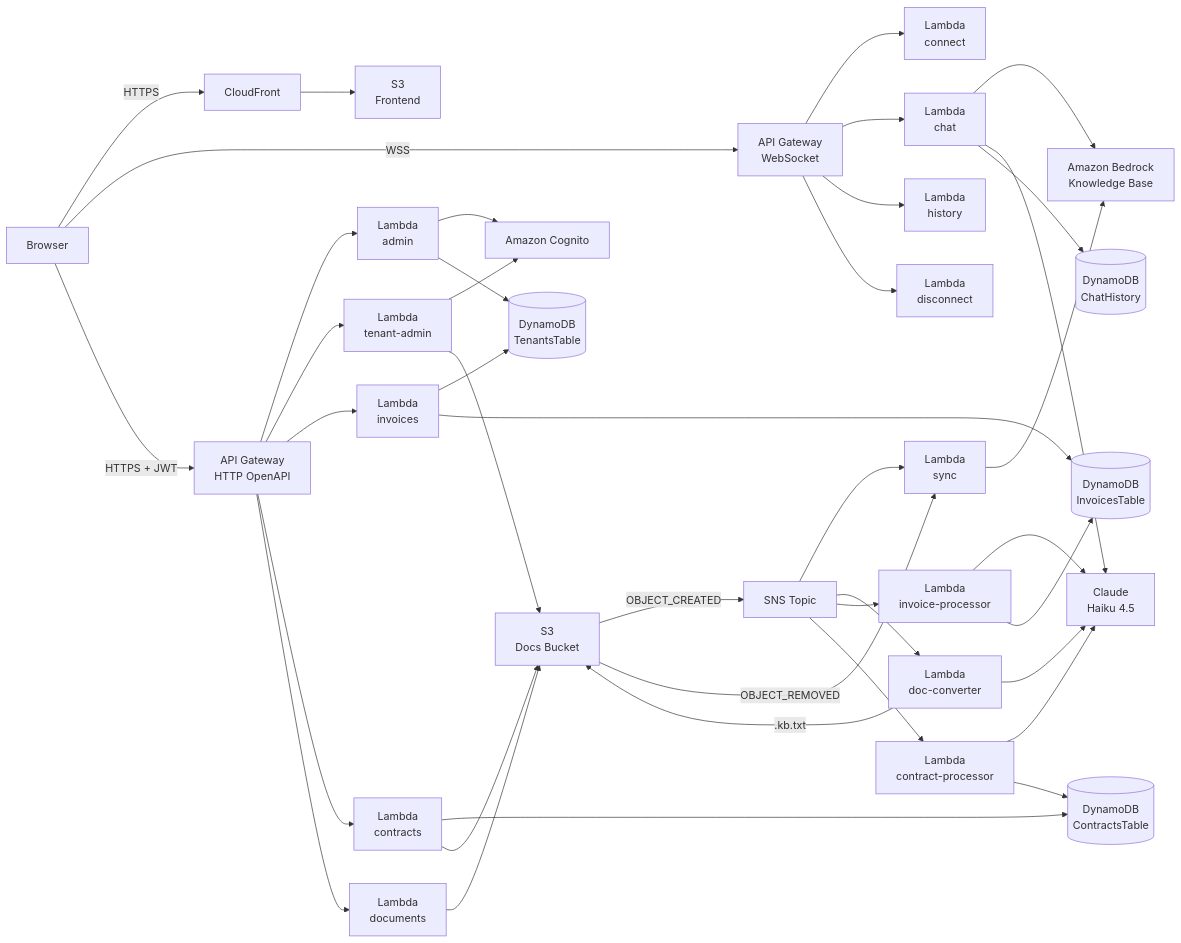
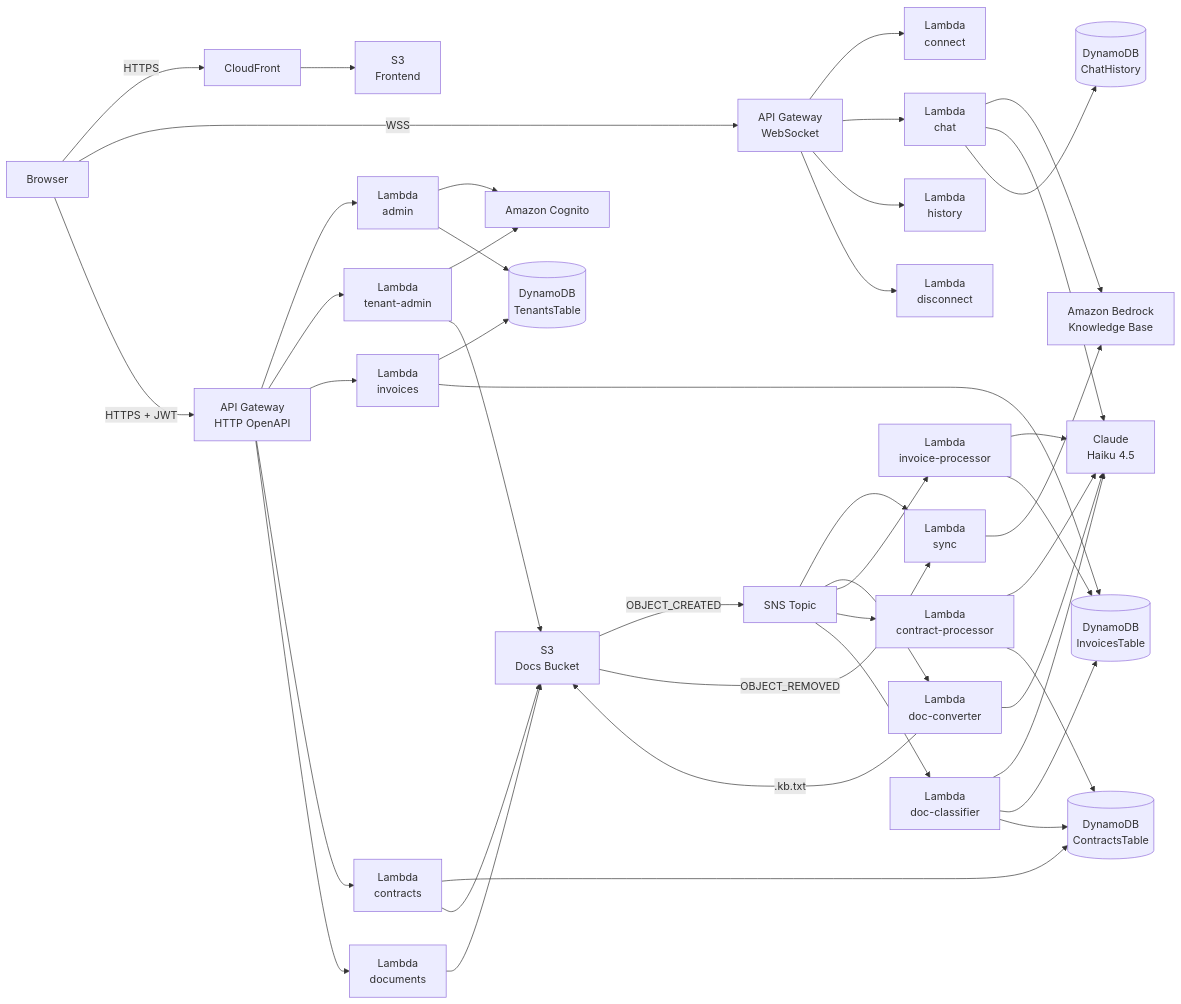
The first of 5 diagrams in docs/architecture.md (effectivegenie/knowledge-assistant), drawn with Mermaid before and after one commit. The commit also changed other lines of this file and 4 other files, not shown here.

````diff
--- a/docs/architecture.md
+++ b/docs/architecture.md
@@ -7,42 +7,46 @@
 ```mermaid
 graph LR
     Browser -->|HTTPS| CF[CloudFront]
     Browser -->|WSS| WS[API Gateway\nWebSocket]
     Browser -->|HTTPS + JWT| HTTP[API Gateway\nHTTP OpenAPI]
 
     CF --> FE[S3\nFrontend]
     WS --> LC[Lambda\nconnect]
     WS --> LChat[Lambda\nchat]
     WS --> LH[Lambda\nhistory]
     WS --> LD[Lambda\ndisconnect]
     HTTP --> LA[Lambda\nadmin]
     HTTP --> LTA[Lambda\ntenant-admin]
     HTTP --> LInv[Lambda\ninvoices]
     HTTP --> LContracts[Lambda\ncontracts]
     HTTP --> LDocs[Lambda\ndocuments]
 
     LChat --> Bedrock[Amazon Bedrock\nKnowledge Base]
     LChat --> Claude[Claude\nHaiku 4.5]
     LA & LTA --> Cognito[Amazon Cognito]
     LA --> DDB[(DynamoDB\nTenantsTable)]
     LInv --> DDB
     LInv --> DDB3[(DynamoDB\nInvoicesTable)]
     LChat --> DDB2[(DynamoDB\nChatHistory)]
     LTA --> S3D[S3\nDocs Bucket]
     S3D -->|OBJECT_CREATED| SNS[SNS Topic]
     S3D -->|OBJECT_REMOVED| LS
     SNS --> LS[Lambda\nsync]
     SNS --> LDC[Lambda\ndoc-converter]
     SNS --> LDP[Lambda\ninvoice-processor]
     SNS --> LCP[Lambda\ncontract-processor]
+    SNS --> LCL[Lambda\ndoc-classifier]
     LS --> Bedrock
     LDC --> Claude
     LDC -->|.kb.txt| S3D
     LDP --> Claude
     LDP --> DDB3
     LCP --> Claude
     LCP --> DDB4[(DynamoDB\nContractsTable)]
+    LCL --> Claude
+    LCL --> DDB3
+    LCL --> DDB4
     LContracts --> DDB4
     LContracts --> S3D
     LDocs --> S3D
 ```
````
